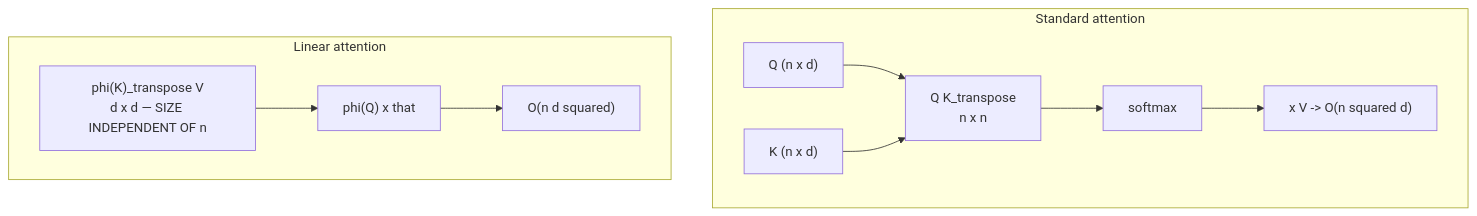
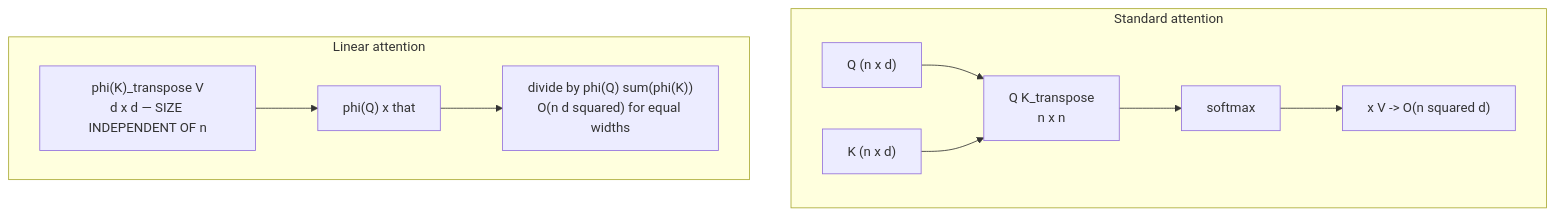
The fourth of 6 diagrams in content/courses/transformers/10-sparse-and-long-context.md (alliedbrother/ml-interview-notes), drawn with Mermaid before and after one commit. The commit also changed other lines of this file and 217 other files, not shown here.

````diff
--- a/content/courses/transformers/10-sparse-and-long-context.md
+++ b/content/courses/transformers/10-sparse-and-long-context.md
@@ -225,13 +232,13 @@
 ```mermaid
 flowchart TD
     subgraph STD["Standard attention"]
         S1["Q (n x d)"] --> S2["Q K_transpose<br/>n x n"]
         S3["K (n x d)"] --> S2
         S2 --> S4["softmax"]
         S4 --> S5["x V -&gt; O(n squared d)"]
     end
     subgraph LIN["Linear attention"]
         L1["phi(K)_transpose V<br/>d x d — SIZE INDEPENDENT OF n"] --> L2["phi(Q) x that"]
-        L2 --> L3["O(n d squared)"]
+        L2 --> L3["divide by phi(Q) sum(phi(K))<br/>O(n d squared) for equal widths"]
     end
 ```
````
